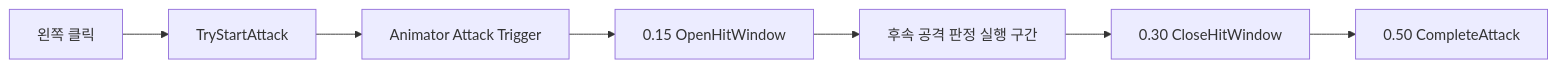
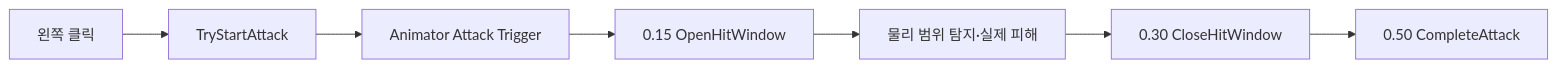
Before and after one commit to sumilee-pcu/vibe-action-rpg: the diagram in Docs/16_ATTACK_ANIMATION_WINDOW.md, drawn with Mermaid. The commit also changed other lines of this file and 16 other files, not shown here.

````diff
--- a/Docs/16_ATTACK_ANIMATION_WINDOW.md
+++ b/Docs/16_ATTACK_ANIMATION_WINDOW.md
@@ -37,9 +37,9 @@
 ```mermaid
 flowchart LR
     A["왼쪽 클릭"] --> B["TryStartAttack"]
     B --> C["Animator Attack Trigger"]
     C --> D["0.15 OpenHitWindow"]
-    D --> E["후속 공격 판정 실행 구간"]
+    D --> E["물리 범위 탐지·실제 피해"]
     E --> F["0.30 CloseHitWindow"]
     F --> G["0.50 CompleteAttack"]
 ```
````
